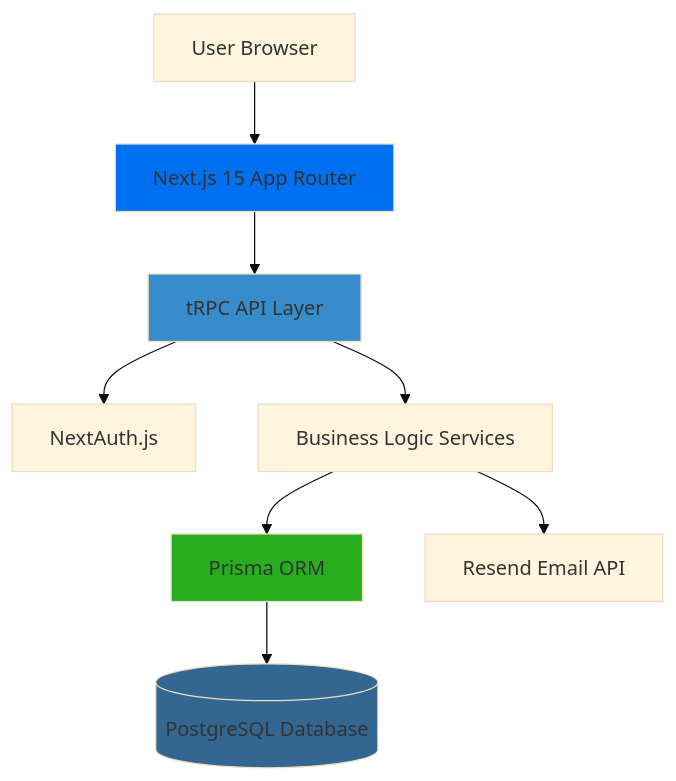
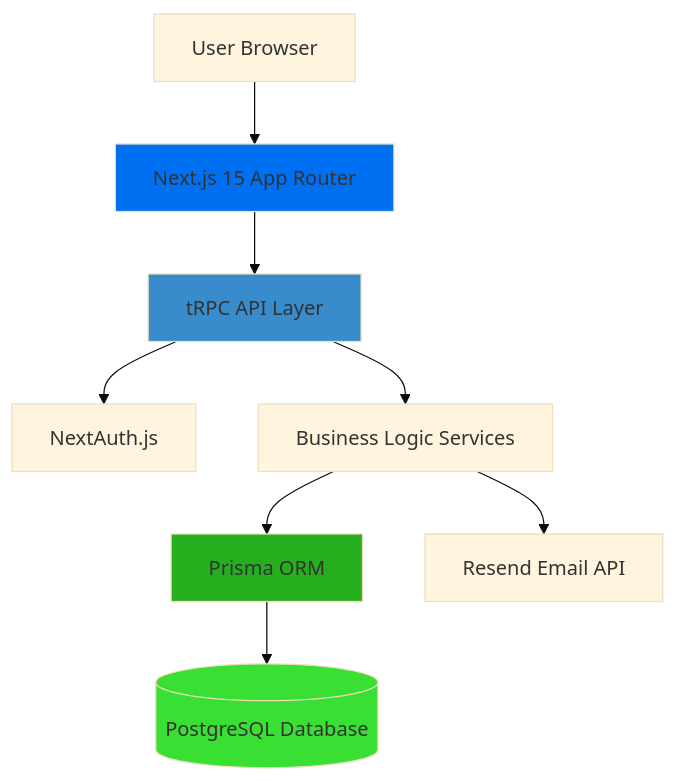
The first of 2 diagrams in docs/README.md (babblebey/events-ting), drawn with Mermaid (base theme) before and after one commit.

Commit message:
fix: Update database style color in architecture diagram

````diff
--- a/docs/README.md
+++ b/docs/README.md
@@ -11,15 +11,15 @@
 ```mermaid
 graph TB
     User[User Browser] --> NextJS[Next.js 15 App Router]
     NextJS --> tRPC[tRPC API Layer]
     tRPC --> Auth[NextAuth.js]
     tRPC --> Services[Business Logic Services]
     Services --> Prisma[Prisma ORM]
     Prisma --> DB[(PostgreSQL Database)]
     Services --> Resend[Resend Email API]
     
     style NextJS fill:#0070f3
     style tRPC fill:#398ccb
     style Prisma fill:#26ae1e
-    style DB fill:#336791
+    style DB fill:#39df33
 ```
````
